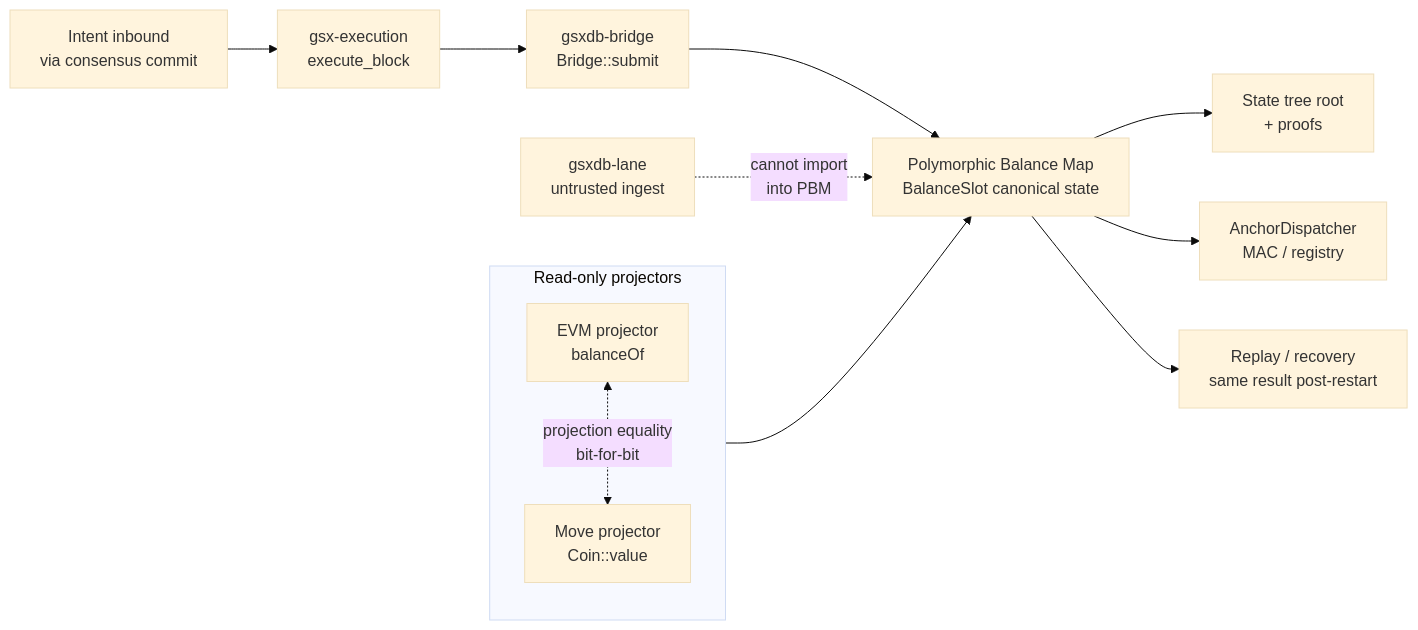
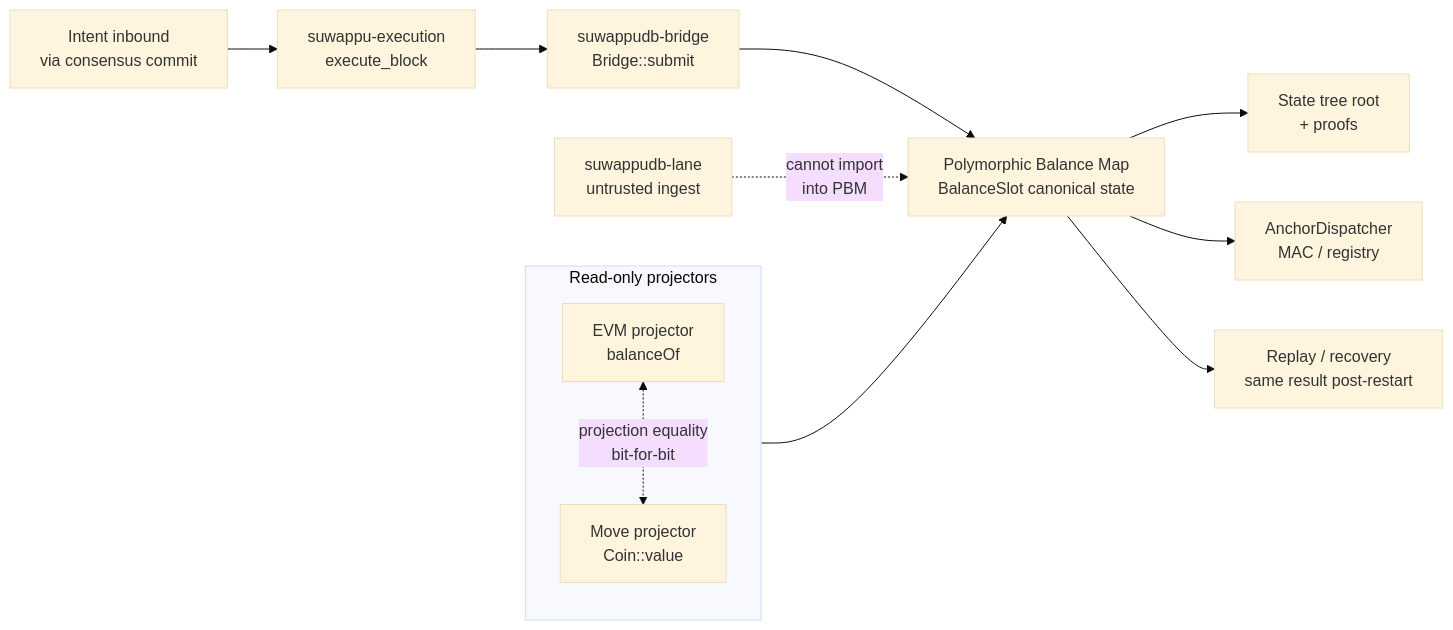
One commit to Suwappu-Labs/suwappu-dag changed the diagram in docs/visuals/mermaid/dual-vm.md. Above: the diagram before and after it, drawn with Mermaid (base theme). The commit also changed other lines of this file and 503 other files, not shown here.

First line of the commit message:
chore: rebrand gsx-dag -> suwappu-dag (crates, code, docs, scripts)

````diff
--- a/docs/visuals/mermaid/dual-vm.md
+++ b/docs/visuals/mermaid/dual-vm.md
@@ -8,16 +8,16 @@
 ```mermaid
 flowchart LR
-    Intent["Intent inbound<br/>via consensus commit"] --> Exec["gsx-execution<br/>execute_block"]
-    Exec --> Bridge["gsxdb-bridge<br/>Bridge::submit"]
+    Intent["Intent inbound<br/>via consensus commit"] --> Exec["suwappu-execution<br/>execute_block"]
+    Exec --> Bridge["suwappudb-bridge<br/>Bridge::submit"]
     Bridge --> PBM["Polymorphic Balance Map<br/>BalanceSlot canonical state"]
     PBM --> Tree["State tree root<br/>+ proofs"]
     PBM --> Anchor["AnchorDispatcher<br/>MAC / registry"]
     PBM --> Replay["Replay / recovery<br/>same result post-restart"]
-    Lane["gsxdb-lane<br/>untrusted ingest"] -.->|"cannot import<br/>into PBM"| PBM
+    Lane["suwappudb-lane<br/>untrusted ingest"] -.->|"cannot import<br/>into PBM"| PBM
     subgraph Projectors ["Read-only projectors"]
       EVM["EVM projector<br/>balanceOf"]
       Move["Move projector<br/>Coin::value"]
     end
     Projectors --> PBM
     EVM <-.->|"projection equality<br/>bit-for-bit"| Move
 ```
````
